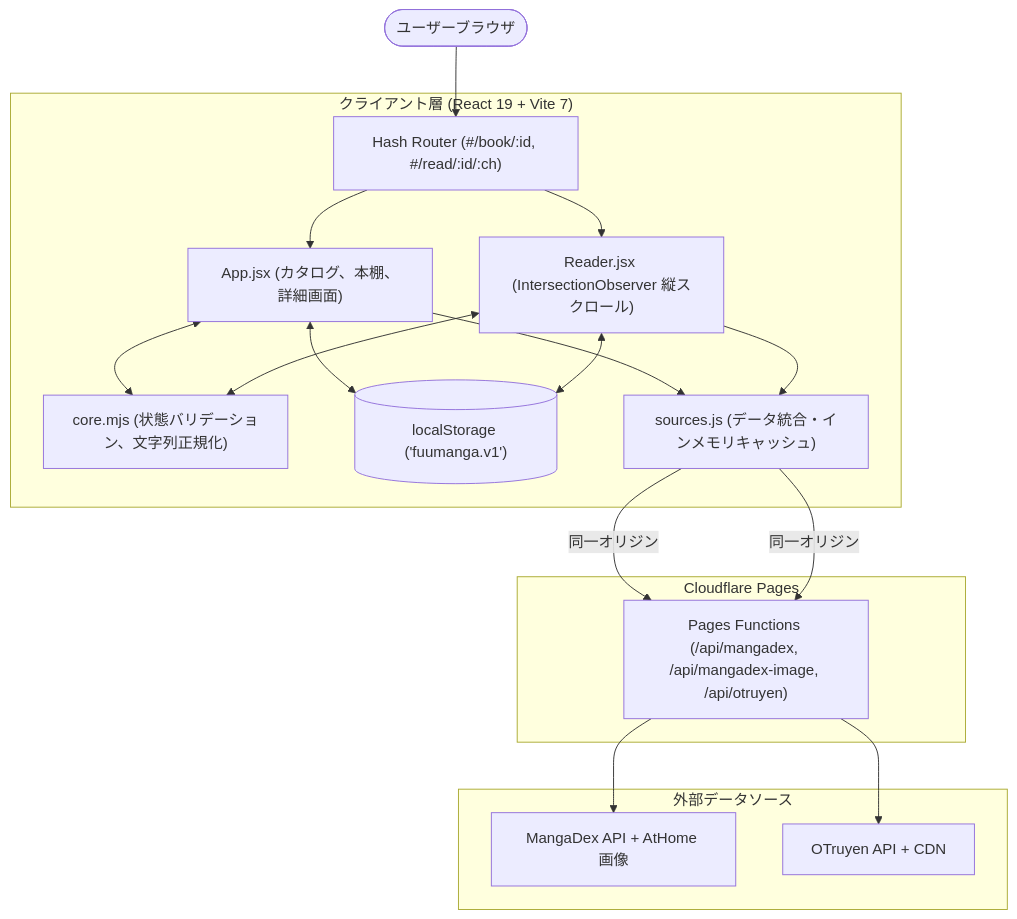
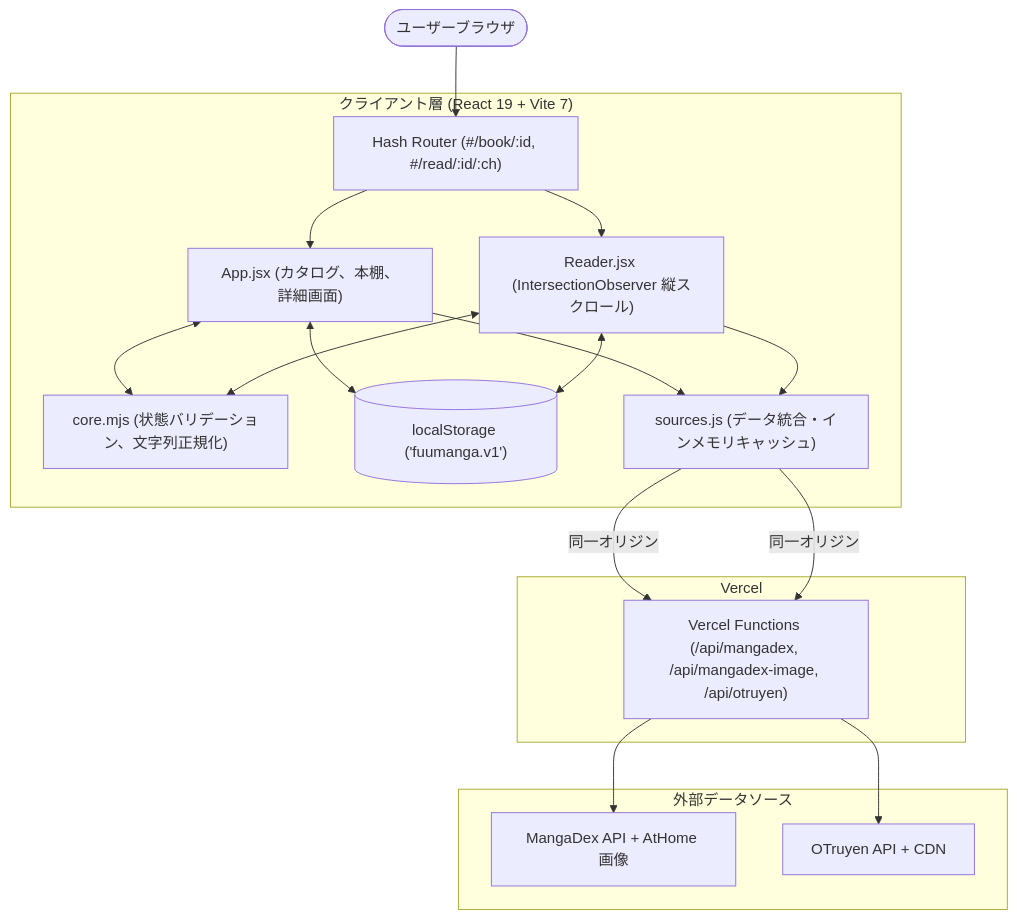
The diagram in README.ja.md (epauengi/FuuManga), drawn with Mermaid before and after one commit. The commit also changed other lines of this file and 7 other files, not shown here.

Commit message:
fix(api): restore production manga proxy routes on Vercel

````diff
--- a/README.ja.md
+++ b/README.ja.md
@@ -70,34 +70,34 @@
 ```mermaid
 flowchart TD
     User([ユーザーブラウザ])
     
     subgraph Client ["クライアント層 (React 19 + Vite 7)"]
         Router["Hash Router (#/book/:id, #/read/:id/:ch)"]
         App["App.jsx (カタログ、本棚、詳細画面)"]
         Reader["Reader.jsx (IntersectionObserver 縦スクロール)"]
         Core["core.mjs (状態バリデーション、文字列正規化)"]
         Storage[("localStorage ('fuumanga.v1')")]
         Sources["sources.js (データ統合・インメモリキャッシュ)"]
     end
 
-    subgraph Edge ["Cloudflare Pages"]
-        Proxy["Pages Functions (/api/mangadex, /api/mangadex-image, /api/otruyen)"]
+    subgraph Edge ["Vercel"]
+        Proxy["Vercel Functions (/api/mangadex, /api/mangadex-image, /api/otruyen)"]
     end
 
     subgraph Upstream ["外部データソース"]
         MangaDex["MangaDex API + AtHome 画像"]
         OTruyen["OTruyen API + CDN"]
     end
 
     User --> Router
     Router --> App
     Router --> Reader
     App <--> Core
     App <--> Storage
     Reader <--> Core
     Reader <--> Storage
     App --> Sources
     Reader --> Sources
     Sources -->|同一オリジン| Proxy --> MangaDex
     Sources -->|同一オリジン| Proxy --> OTruyen
 ```
````
